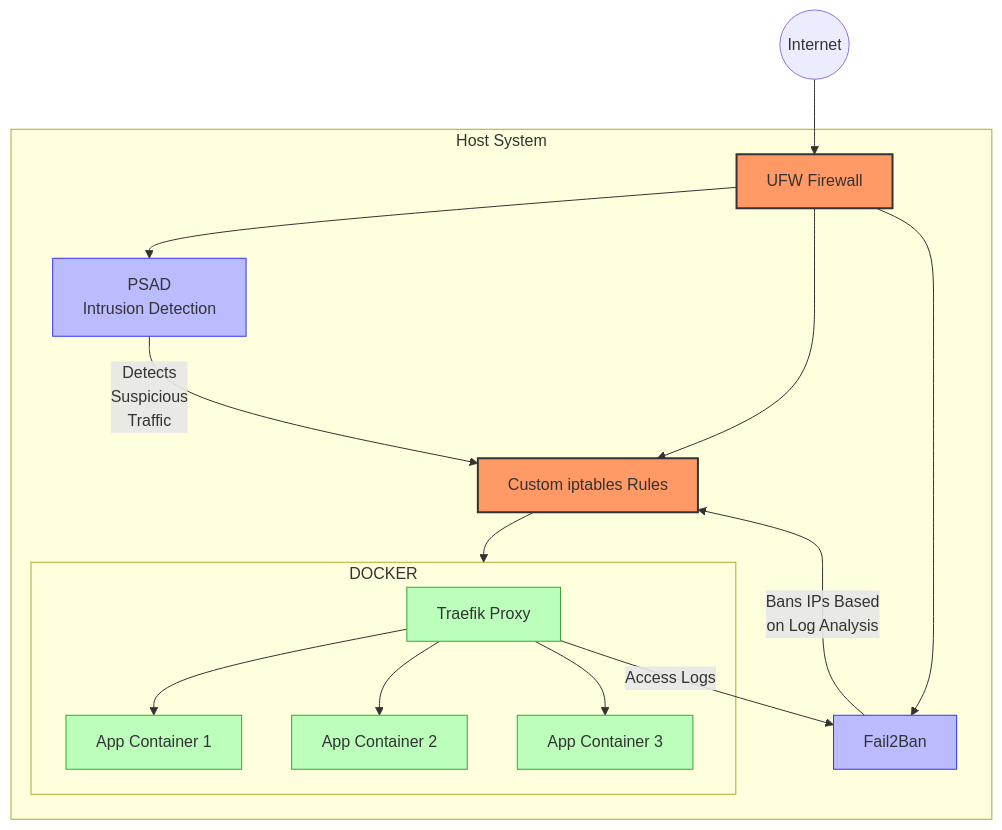
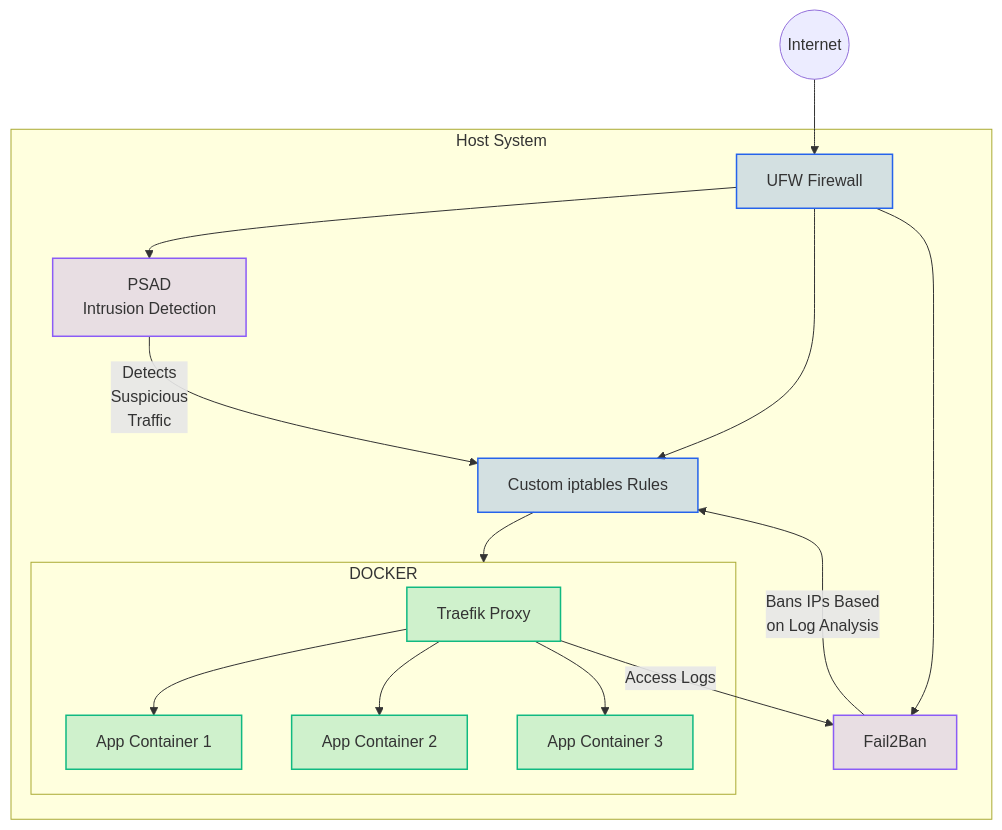
The first of 3 diagrams in content/notes/securing-traefik-with-ufw-fail2ban.mdx (yashhere/yashagarwal.in), drawn with Mermaid before and after one commit. The commit also changed other lines of this file and 2 other files, not shown here.

Commit message:
chore: fix mermaid styling in dark mode

````diff
--- a/content/notes/securing-traefik-with-ufw-fail2ban.mdx
+++ b/content/notes/securing-traefik-with-ufw-fail2ban.mdx
@@ -28,31 +28,31 @@
 ```mermaid
 flowchart TB
     Internet((Internet)) --> UFW[UFW Firewall]
 
     subgraph Host["Host System"]
         UFW --> PSAD[PSAD<br>Intrusion Detection]
         UFW --> F2B[Fail2Ban]
         UFW --> IPTABLES[Custom iptables Rules]
 
         PSAD -- "Detects<br>Suspicious<br>Traffic" --> IPTABLES
         F2B -- "Bans IPs Based<br>on Log Analysis" --> IPTABLES
 
         IPTABLES --> DOCKER[Docker Network]
 
         subgraph DOCKER
             TRAEFIK[Traefik Proxy] --> APP1[App Container 1]
             TRAEFIK --> APP2[App Container 2]
             TRAEFIK --> APP3[App Container 3]
         end
 
         TRAEFIK -- "Access Logs" --> F2B
     end
 
-    classDef firewall fill:#f96,stroke:#333,stroke-width:2px;
-    classDef monitoring fill:#bbf,stroke:#33f,stroke-width:1px;
-    classDef container fill:#bfb,stroke:#3a3,stroke-width:1px;
+    classDef firewall fill:#2563eb33,stroke:#2563eb,stroke-width:1.5px;
+    classDef monitoring fill:#8b5cf633,stroke:#8b5cf6,stroke-width:1.5px;
+    classDef container fill:#10b98133,stroke:#10b981,stroke-width:1.5px;
 
     class UFW,IPTABLES firewall;
     class PSAD,F2B monitoring;
     class TRAEFIK,APP1,APP2,APP3 container;
 ```
````
